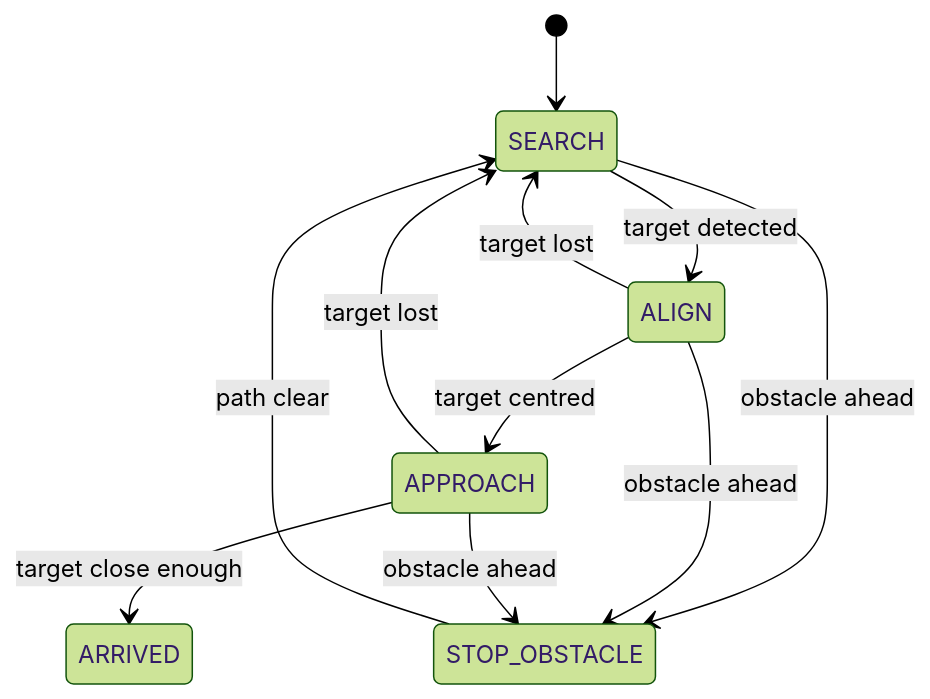
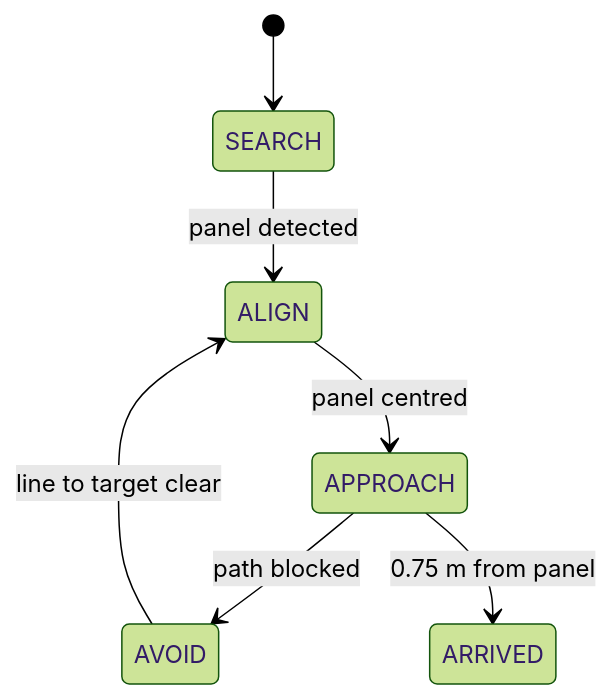
One commit to Iyad-coder/Navigation_xrc changed the diagram in README.md. Above: the diagram before and after it, drawn with Mermaid (forest theme). The commit also changed other lines of this file, not shown here.

````diff
--- a/README.md
+++ b/README.md
@@ -22,13 +11,9 @@
 ```mermaid
 stateDiagram-v2
     [*] --> SEARCH
-    SEARCH --> ALIGN: target detected
-    ALIGN --> APPROACH: target centred
-    ALIGN --> SEARCH: target lost
-    APPROACH --> ARRIVED: target close enough
-    APPROACH --> SEARCH: target lost
-    SEARCH --> STOP_OBSTACLE: obstacle ahead
-    ALIGN --> STOP_OBSTACLE: obstacle ahead
-    APPROACH --> STOP_OBSTACLE: obstacle ahead
-    STOP_OBSTACLE --> SEARCH: path clear
+    SEARCH --> ALIGN: panel detected
+    ALIGN --> APPROACH: panel centred
+    APPROACH --> AVOID: path blocked
+    AVOID --> ALIGN: line to target clear
+    APPROACH --> ARRIVED: 0.75 m from panel
 ```
````
